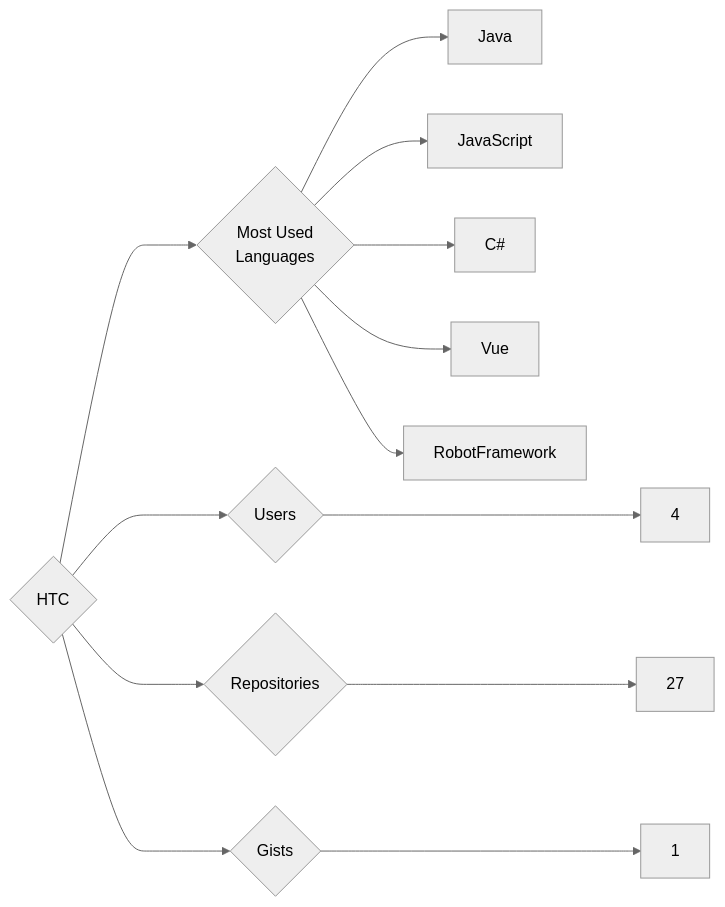
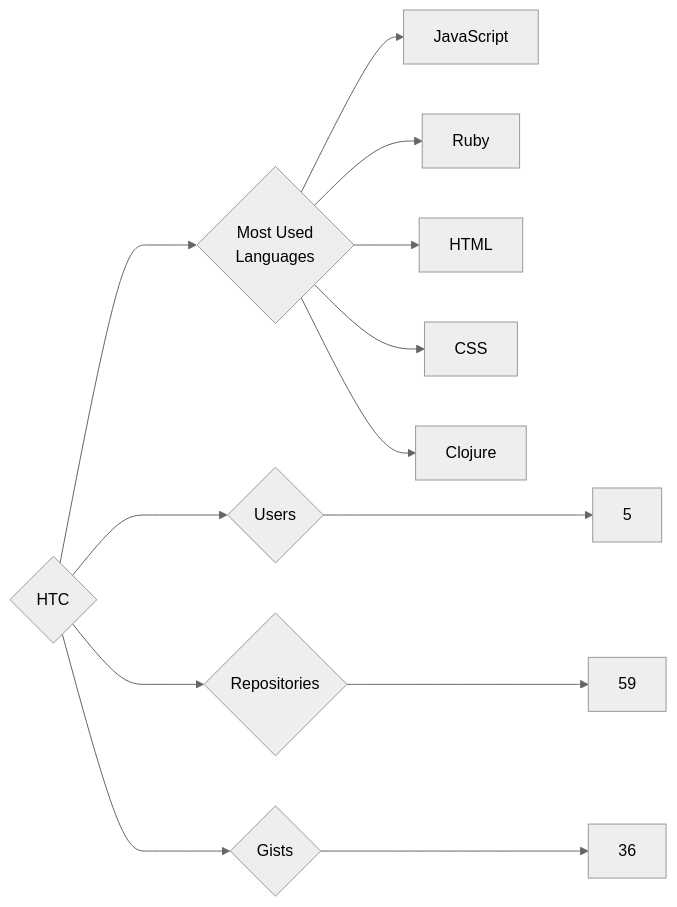
Before and after one commit to trickest/insiders: the diagram in targets/HTC/README.md, drawn with Mermaid (neutral theme). The commit also changed 859 other files, not shown here.

````diff
--- a/targets/HTC/README.md
+++ b/targets/HTC/README.md
@@ -3,13 +3,13 @@
 ```mermaid
 graph LR
 COMPANY_NAME{HTC}
-COMPANY_NAME ---> U{Users} ---> UN[4]
-COMPANY_NAME ---> R{Repositories} ---> RN[27]
-COMPANY_NAME ---> G{Gists} ---> GN[1]
+COMPANY_NAME ---> U{Users} ---> UN[5]
+COMPANY_NAME ---> R{Repositories} ---> RN[59]
+COMPANY_NAME ---> G{Gists} ---> GN[36]
 COMPANY_NAME ---> ML{Most Used<br>Languages}
-ML --> Java[Java]
 ML --> JavaScript[JavaScript]
-ML --> C#[C#]
-ML --> Vue[Vue]
-ML --> RobotFramework[RobotFramework]
+ML --> Ruby[Ruby]
+ML --> HTML[HTML]
+ML --> CSS[CSS]
+ML --> Clojure[Clojure]
 ```
````
